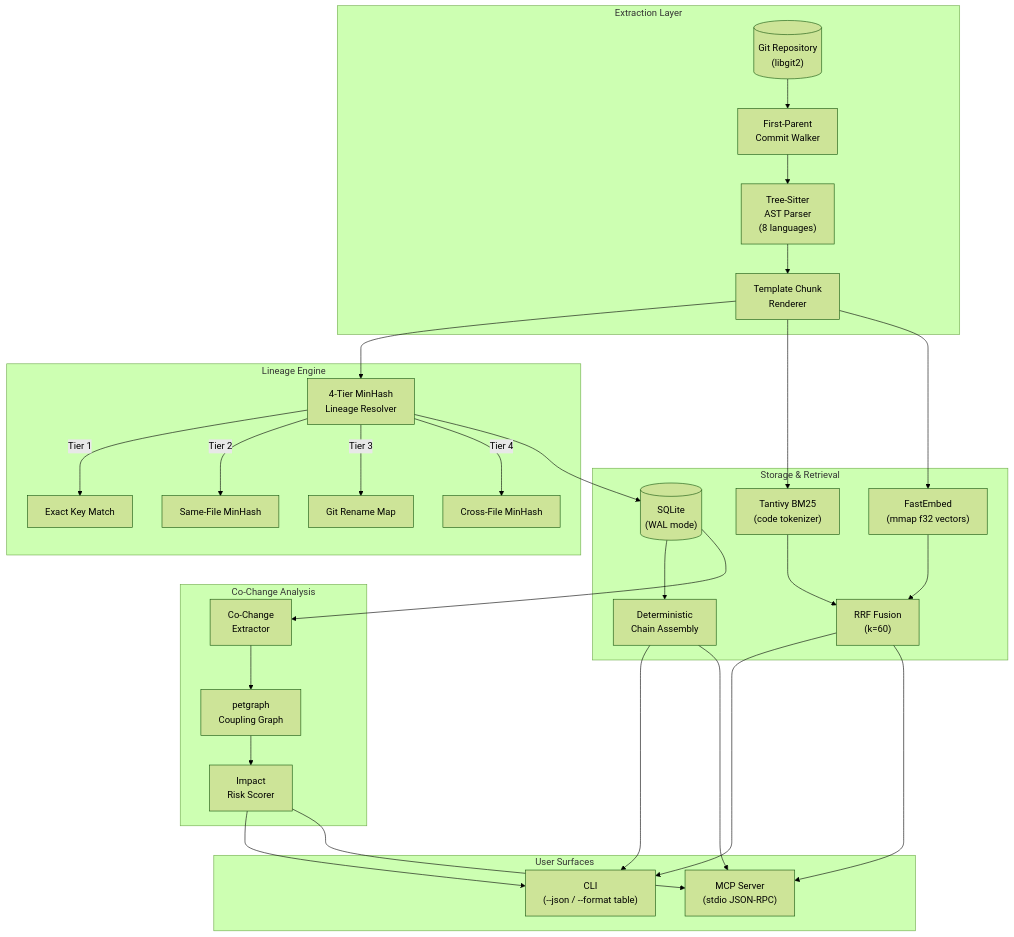
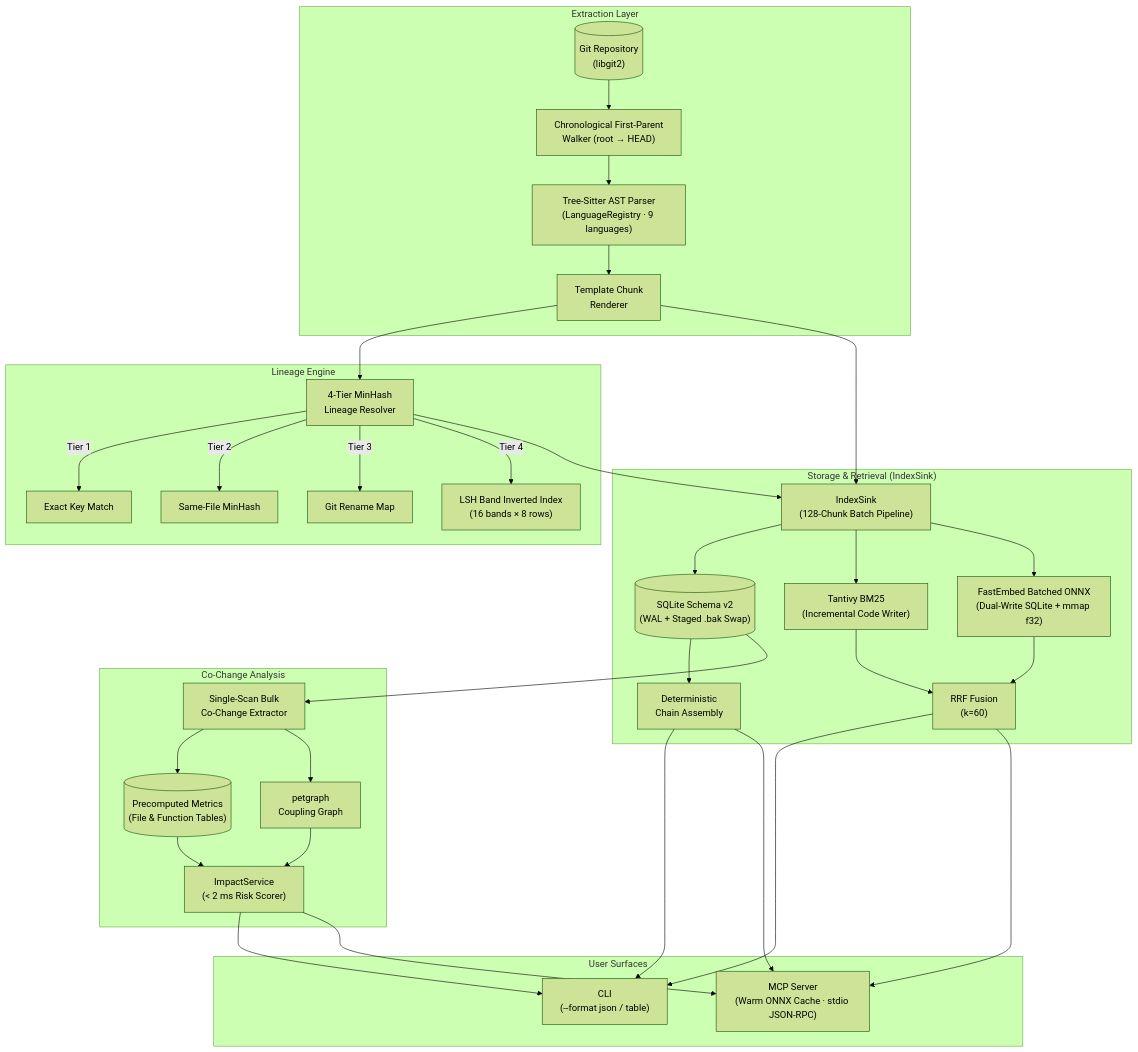
The diagram in README.md (pika-droid/gitctx), drawn with Mermaid (forest theme) before and after one commit. The commit also changed other lines of this file, not shown here.

Commit message:
docs: update README with architecture overhaul, Schema v2, and CLI flags

````diff
--- a/README.md
+++ b/README.md
@@ -26,40 +27,44 @@
 ```mermaid
 graph TB
     subgraph "Extraction Layer"
-        GIT[("Git Repository<br/>(libgit2)")] --> WALK["First-Parent<br/>Commit Walker"]
-        WALK --> PARSE["Tree-Sitter<br/>AST Parser<br/>(8 languages)"]
+        GIT[("Git Repository<br/>(libgit2)")] --> WALK["Chronological First-Parent<br/>Walker (root → HEAD)"]
+        WALK --> PARSE["Tree-Sitter AST Parser<br/>(LanguageRegistry · 9 languages)"]
         PARSE --> TMPL["Template Chunk<br/>Renderer"]
     end
 
     subgraph "Lineage Engine"
         TMPL --> LIN["4-Tier MinHash<br/>Lineage Resolver"]
         LIN -->|"Tier 1"| EXACT["Exact Key Match"]
         LIN -->|"Tier 2"| SAME["Same-File MinHash"]
         LIN -->|"Tier 3"| RENAME["Git Rename Map"]
-        LIN -->|"Tier 4"| CROSS["Cross-File MinHash"]
+        LIN -->|"Tier 4"| CROSS["LSH Band Inverted Index<br/>(16 bands × 8 rows)"]
     end
 
-    subgraph "Storage & Retrieval"
-        LIN --> SQL[("SQLite<br/>(WAL mode)")]
-        TMPL --> BM25["Tantivy BM25<br/>(code tokenizer)"]
-        TMPL --> DENSE["FastEmbed<br/>(mmap f32 vectors)"]
+    subgraph "Storage & Retrieval (IndexSink)"
+        LIN --> SINK["IndexSink<br/>(128-Chunk Batch Pipeline)"]
+        TMPL --> SINK
+        SINK --> SQL[("SQLite Schema v2<br/>(WAL + Staged .bak Swap)")]
+        SINK --> BM25["Tantivy BM25<br/>(Incremental Code Writer)"]
+        SINK --> DENSE["FastEmbed Batched ONNX<br/>(Dual-Write SQLite + mmap f32)"]
         BM25 --> RRF["RRF Fusion<br/>(k=60)"]
         DENSE --> RRF
         SQL --> CHAIN["Deterministic<br/>Chain Assembly"]
     end
 
     subgraph "Co-Change Analysis"
-        SQL --> COCHANGE["Co-Change<br/>Extractor"]
+        SQL --> COCHANGE["Single-Scan Bulk<br/>Co-Change Extractor"]
+        COCHANGE --> METRICS[("Precomputed Metrics<br/>(File & Function Tables)")]
         COCHANGE --> GRAPH["petgraph<br/>Coupling Graph"]
-        GRAPH --> IMPACT["Impact<br/>Risk Scorer"]
+        METRICS --> IMPACT["ImpactService<br/>(< 2 ms Risk Scorer)"]
+        GRAPH --> IMPACT
     end
 
     subgraph "User Surfaces"
-        RRF --> CLI["CLI<br/>(--json / --format table)"]
-        RRF --> MCP["MCP Server<br/>(stdio JSON-RPC)"]
+        RRF --> CLI["CLI<br/>(--format json / table)"]
+        RRF --> MCP["MCP Server<br/>(Warm ONNX Cache · stdio JSON-RPC)"]
         CHAIN --> CLI
         CHAIN --> MCP
         IMPACT --> CLI
         IMPACT --> MCP
     end
 ```
````
